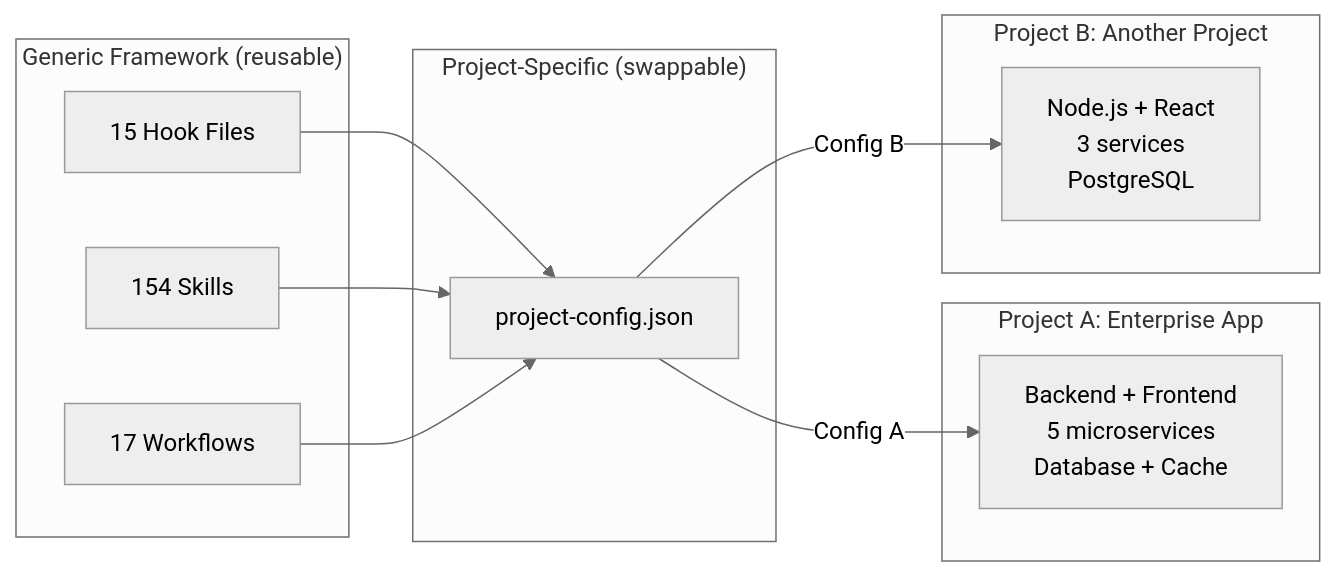
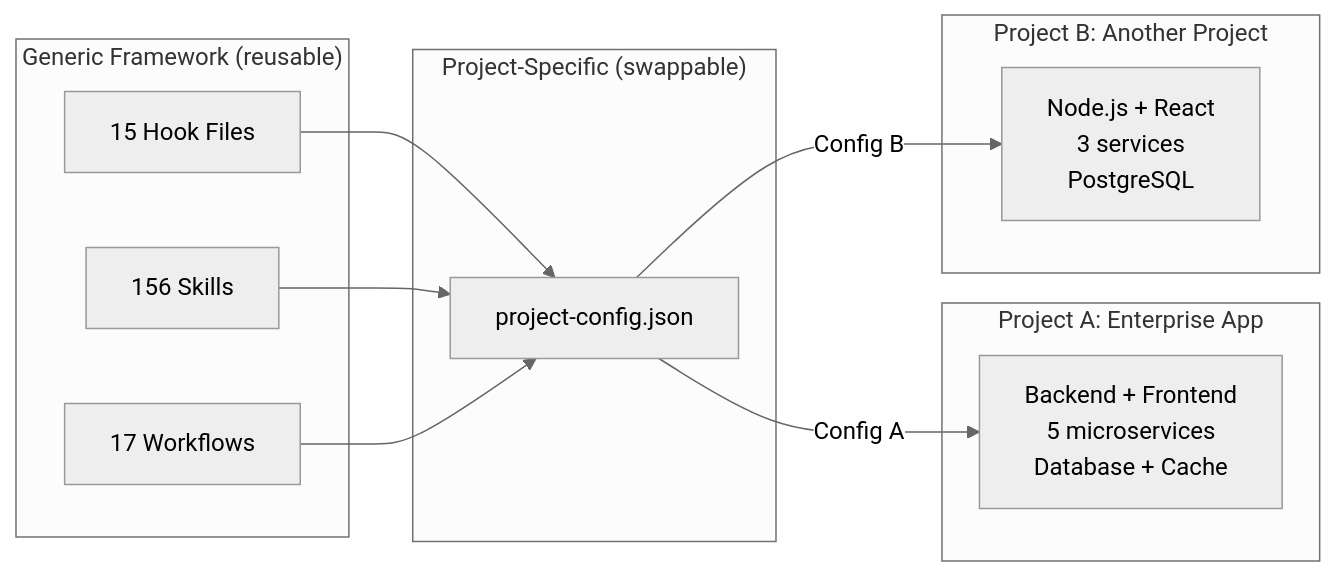
The eighth of 20 diagrams in .claude/docs/claude-ai-agent-framework-guide.md (duc01226/easy-claude), drawn with Mermaid (neutral theme) before and after one commit. The commit also changed other lines of this file and 93 other files, not shown here.

````diff
--- a/.claude/docs/claude-ai-agent-framework-guide.md
+++ b/.claude/docs/claude-ai-agent-framework-guide.md
@@ -876,24 +876,24 @@
 ```mermaid
 graph LR
     subgraph "Generic Framework (reusable)"
         H[15 Hook Files]
-        S[154 Skills]
+        S[156 Skills]
         W[17 Workflows]
     end
 
     subgraph "Project-Specific (swappable)"
         PC[project-config.json]
     end
 
     subgraph "Project A: Enterprise App"
         PA[Backend + Frontend<br/>5 microservices<br/>Database + Cache]
     end
 
     subgraph "Project B: Another Project"
         PB[Node.js + React<br/>3 services<br/>PostgreSQL]
     end
 
     H & S & W --> PC
     PC -->|Config A| PA
     PC -->|Config B| PB
 ```
````
